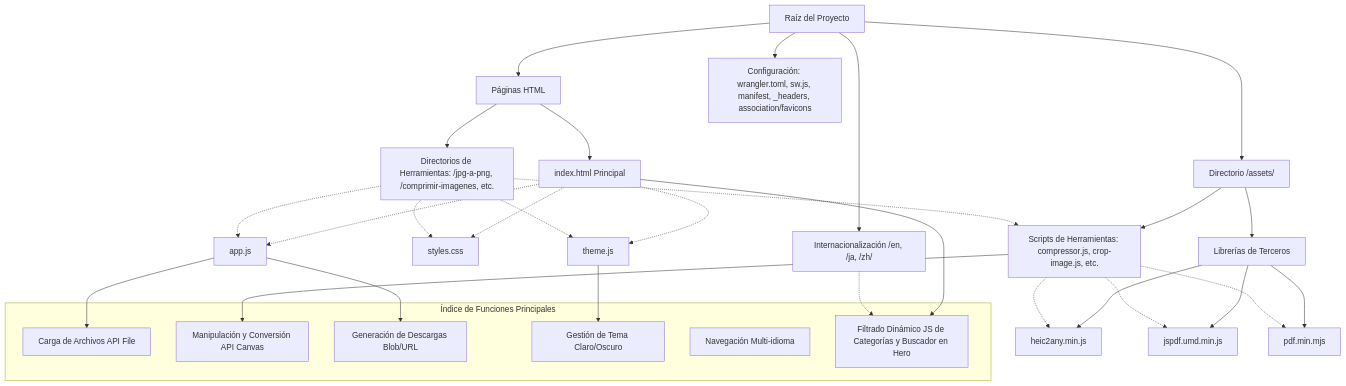
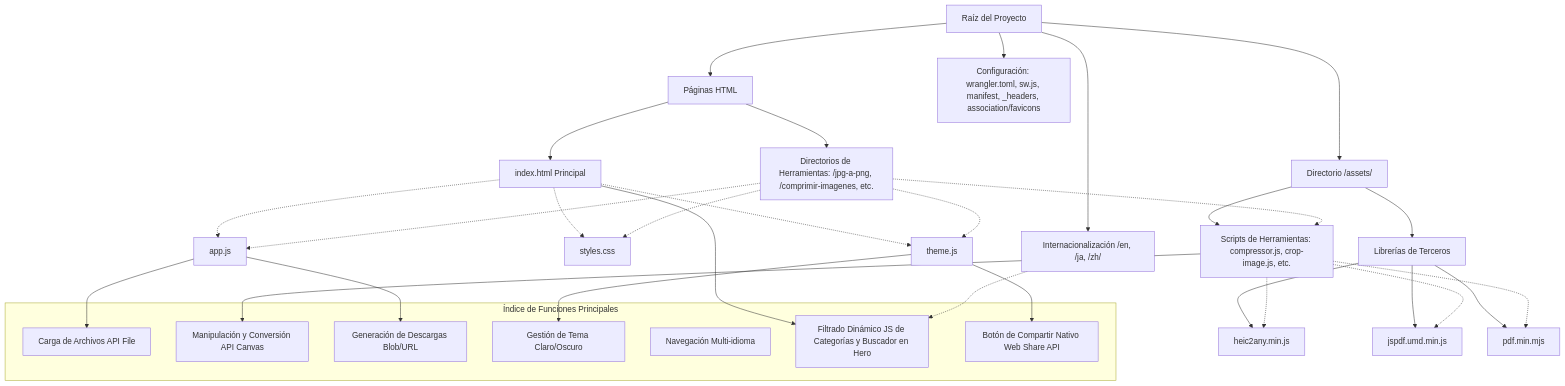
One commit to EmmanuelTejedaTejeda/converter changed the diagram in Grafo_Converter.md. Above: the diagram before and after it, drawn with Mermaid. The commit also changed 3 other files, not shown here.

Commit message:
Implement global Web Share FAB with clipboard fallback and audit localized SEO schemas

````diff
--- a/Grafo_Converter.md
+++ b/Grafo_Converter.md
@@ -3,53 +3,55 @@
 ```mermaid
 graph TD
     %% Nodos principales
     Root[Raíz del Proyecto] --> HTML_Pages[Páginas HTML]
     Root --> Assets[Directorio /assets/]
     Root --> Locales[Internacionalización /en, /ja, /zh/]
     Root --> Config[Configuración: wrangler.toml, sw.js, manifest, _headers, association/favicons]
 
     %% Páginas y Herramientas
     HTML_Pages --> Index[index.html Principal]
     HTML_Pages --> ToolsDirs[Directorios de Herramientas: /jpg-a-png, /comprimir-imagenes, etc.]
     
     %% Relación de assets a páginas
     Index -.-> Styles[styles.css]
     Index -.-> AppJS[app.js]
     Index -.-> ThemeJS[theme.js]
     
     ToolsDirs -.-> Styles
     ToolsDirs -.-> AppJS
     ToolsDirs -.-> ThemeJS
 
     %% Lógica de Herramientas en /assets/
     Assets --> ToolScripts[Scripts de Herramientas: compressor.js, crop-image.js, etc.]
     ToolsDirs -.-> ToolScripts
 
     %% Dependencias de Librerías
     Assets --> Libs[Librerías de Terceros]
     Libs --> Heic2Any[heic2any.min.js]
     Libs --> JsPDF[jspdf.umd.min.js]
     Libs --> PDFjs[pdf.min.mjs]
 
     %% Flujos de dependencia
     ToolScripts -.-> Heic2Any
     ToolScripts -.-> JsPDF
     ToolScripts -.-> PDFjs
 
     %% Índice de Funciones (Lógico)
     subgraph Índice de Funciones Principales
         F_Load[Carga de Archivos API File]
         F_Canvas[Manipulación y Conversión API Canvas]
         F_Download[Generación de Descargas Blob/URL]
         F_Theme[Gestión de Tema Claro/Oscuro]
         F_I18n[Navegación Multi-idioma]
         F_Filter[Filtrado Dinámico JS de Categorías y Buscador en Hero]
+        F_Share[Botón de Compartir Nativo Web Share API]
     end
     
     AppJS --> F_Load
     AppJS --> F_Download
     ThemeJS --> F_Theme
+    ThemeJS --> F_Share
     ToolScripts --> F_Canvas
     Index --> F_Filter
     Locales -.-> F_Filter
 ```
````
